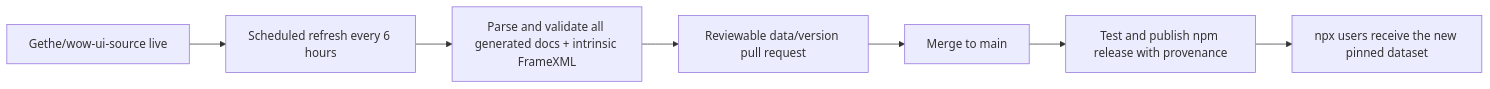
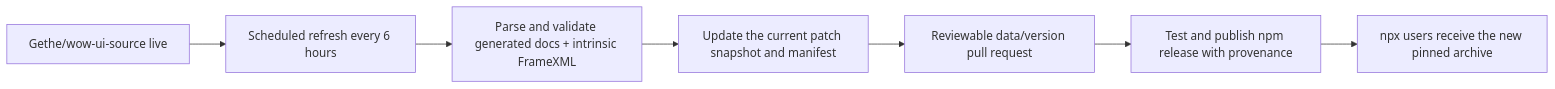
One commit to Koodattu/wow-addon-api-mcp changed the diagram in README.md. Above: the diagram before and after it, drawn with Mermaid. The commit also changed other lines of this file and 48 other files, not shown here.

````diff
--- a/README.md
+++ b/README.md
@@ -79,9 +94,9 @@
 ```mermaid
 flowchart LR
     A["Gethe/wow-ui-source live"] --> B["Scheduled refresh every 6 hours"]
-    B --> C["Parse and validate all generated docs + intrinsic FrameXML"]
-    C --> D["Reviewable data/version pull request"]
-    D --> E["Merge to main"]
+    B --> C["Parse and validate generated docs + intrinsic FrameXML"]
+    C --> D["Update the current patch snapshot and manifest"]
+    D --> E["Reviewable data/version pull request"]
     E --> F["Test and publish npm release with provenance"]
-    F --> G["npx users receive the new pinned dataset"]
+    F --> G["npx users receive the new pinned archive"]
 ```
````
